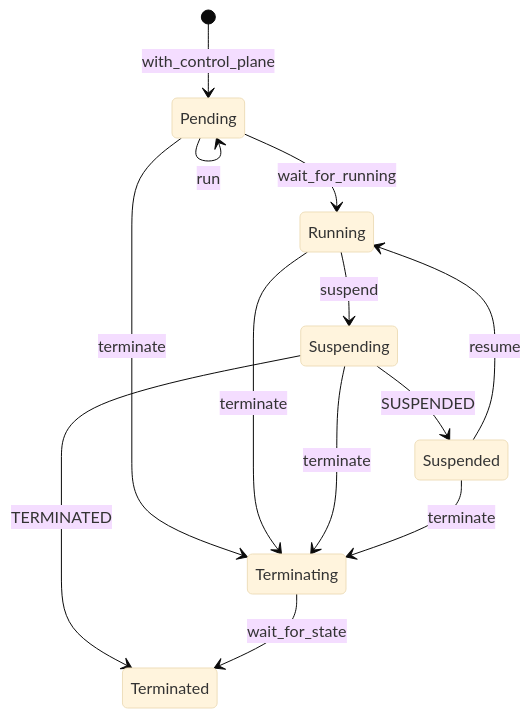
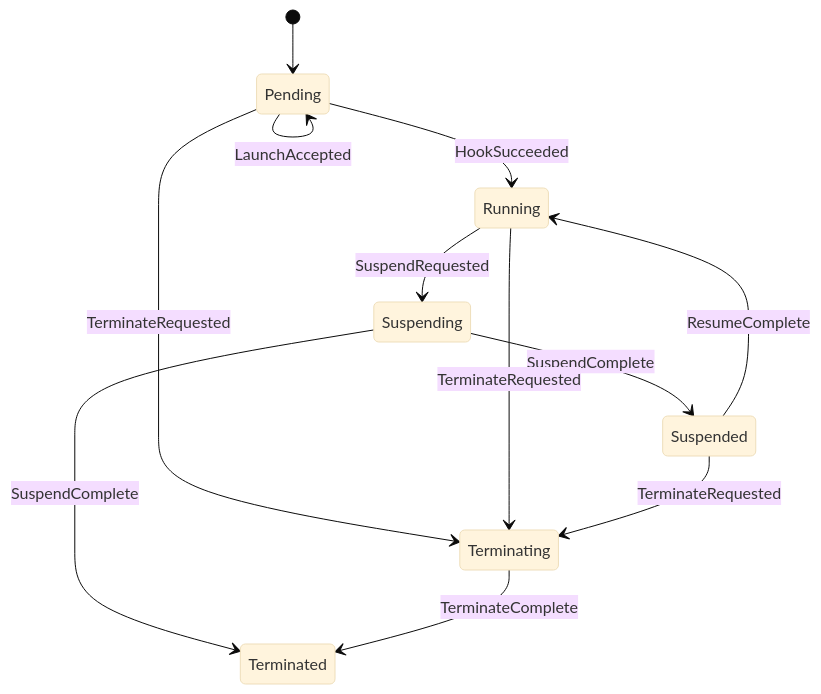
Before and after one commit to theagenticguy/microvms-agentd: the third of 4 diagrams in docs/behavior/state-machines.md, drawn with Mermaid (base theme). The commit also changed other lines of this file and 19 other files, not shown here.

````diff
--- a/docs/behavior/state-machines.md
+++ b/docs/behavior/state-machines.md
@@ -144,15 +285,14 @@
 ```mermaid
 stateDiagram-v2
-    [*] --> Pending: with_control_plane
-    Pending --> Pending: run
-    Pending --> Running: wait_for_running
-    Running --> Suspending: suspend
-    Suspending --> Suspended: SUSPENDED
-    Suspending --> Terminated: TERMINATED
-    Suspended --> Running: resume
-    Pending --> Terminating: terminate
-    Running --> Terminating: terminate
-    Suspending --> Terminating: terminate
-    Suspended --> Terminating: terminate
-    Terminating --> Terminated: wait_for_state
+    [*] --> Pending
+    Pending --> Pending: LaunchAccepted
+    Pending --> Running: HookSucceeded
+    Running --> Suspending: SuspendRequested
+    Suspending --> Suspended: SuspendComplete
+    Suspending --> Terminated: SuspendComplete
+    Suspended --> Running: ResumeComplete
+    Pending --> Terminating: TerminateRequested
+    Running --> Terminating: TerminateRequested
+    Suspended --> Terminating: TerminateRequested
+    Terminating --> Terminated: TerminateComplete
 ```
````
